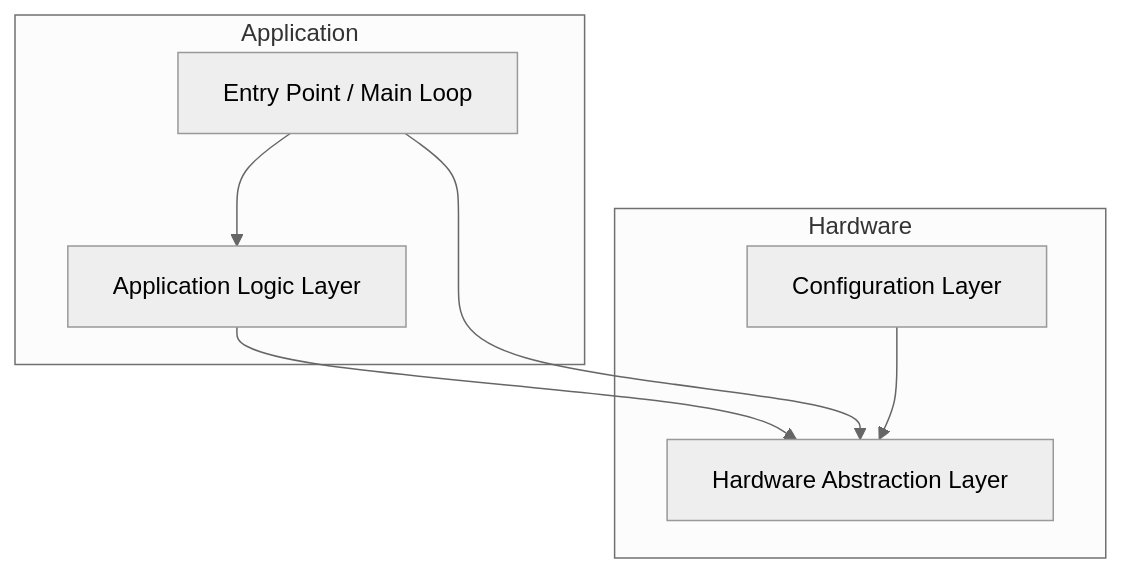
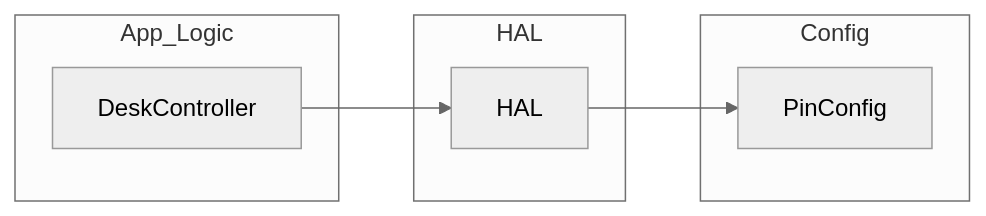
One commit to aperico/deskautomation changed the first of 3 diagrams in documentation/SoftwareArchitecture.md. Above: the diagram before and after it, drawn with Mermaid (neutral theme). The commit also changed other lines of this file and 3 other files, not shown here.

````diff
--- a/documentation/SoftwareArchitecture.md
+++ b/documentation/SoftwareArchitecture.md
@@ -150,15 +43,14 @@
 ```mermaid
-flowchart TD
-	subgraph Application
-		Logic[Application Logic Layer]
-		Main[Entry Point / Main Loop]
-	end
-	subgraph Hardware
-		HAL[Hardware Abstraction Layer]
-		Config[Configuration Layer]
-	end
-	Main --> Logic
-	Logic --> HAL
-	Main --> HAL
-	Config --> HAL
+flowchart LR
+  subgraph App_Logic
+    DC[DeskController]
+  end
+  subgraph HAL
+    H[HAL]
+  end
+  subgraph Config
+    PC[PinConfig]
+  end
+  DC --> H
+  H --> PC
 ```
````
